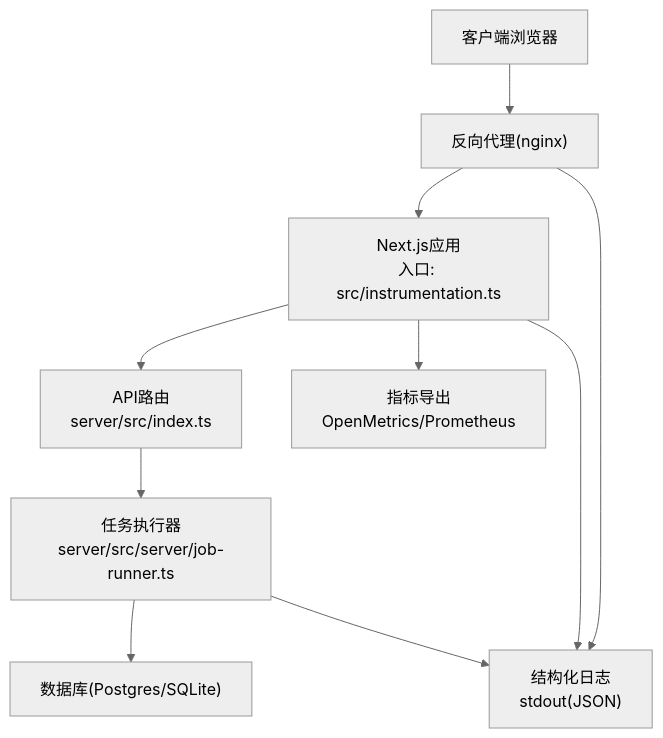
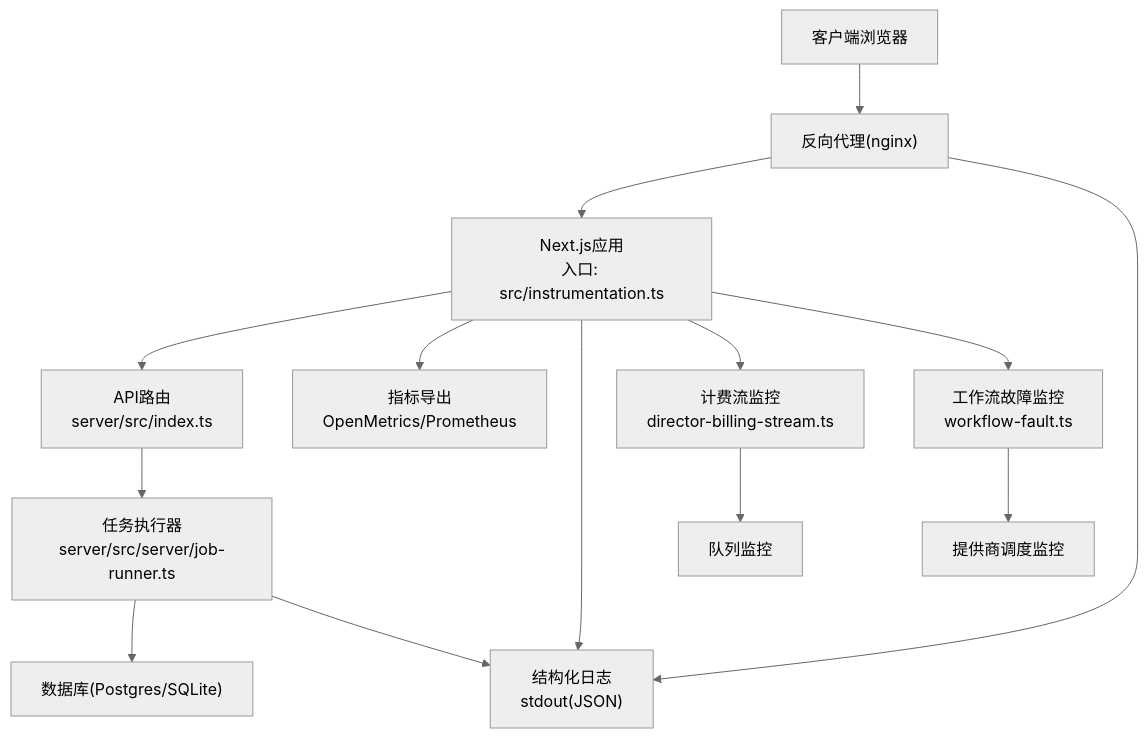
One commit to scottcwy/PurpleInk changed the first of 9 diagrams in .qoder/repowiki/zh/content/部署指南/监控与日志管理/监控与日志管理.md. Above: the diagram before and after it, drawn with Mermaid (neutral theme). The commit also changed other lines of this file and 23 other files, not shown here.

````diff
--- a/.qoder/repowiki/zh/content/部署指南/监控与日志管理/监控与日志管理.md
+++ b/.qoder/repowiki/zh/content/部署指南/监控与日志管理/监控与日志管理.md
@@ -45,12 +56,16 @@
 ```mermaid
 graph TB
 Client["客户端浏览器"] --> Proxy["反向代理(nginx)"]
 Proxy --> NextApp["Next.js应用<br/>入口: src/instrumentation.ts"]
 NextApp --> API["API路由<br/>server/src/index.ts"]
 API --> Worker["任务执行器<br/>server/src/server/job-runner.ts"]
 Worker --> DB["数据库(Postgres/SQLite)"]
 NextApp --> Metrics["指标导出<br/>OpenMetrics/Prometheus"]
 NextApp --> Logs["结构化日志<br/>stdout(JSON)"]
 Worker --> Logs
 Proxy --> Logs
+NextApp --> BillingStream["计费流监控<br/>director-billing-stream.ts"]
+NextApp --> WorkflowFault["工作流故障监控<br/>workflow-fault.ts"]
+BillingStream --> QueueMonitor["队列监控"]
+WorkflowFault --> ProviderDispatch["提供商调度监控"]
 ```
````
